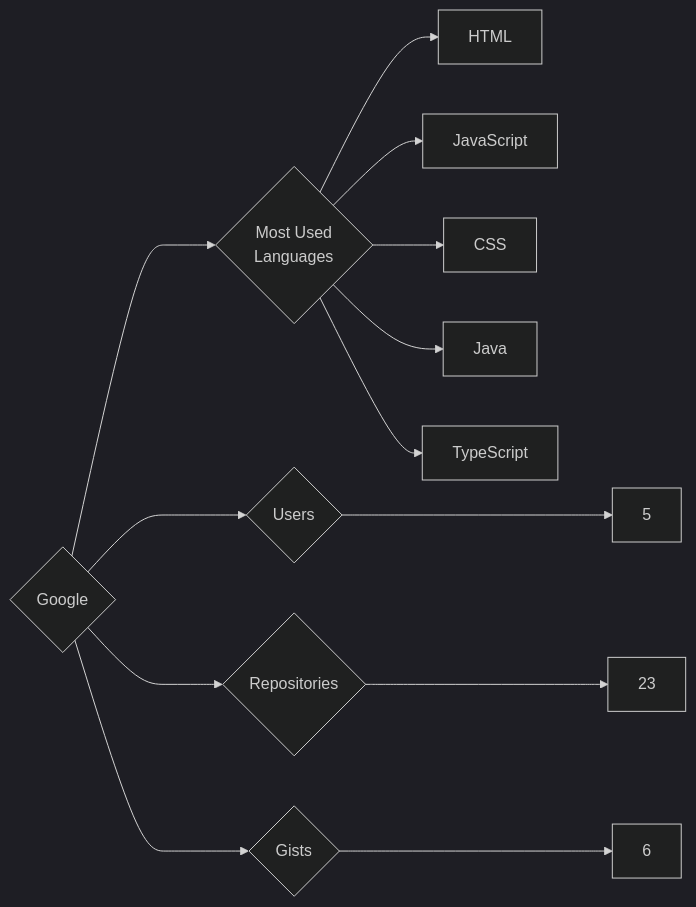
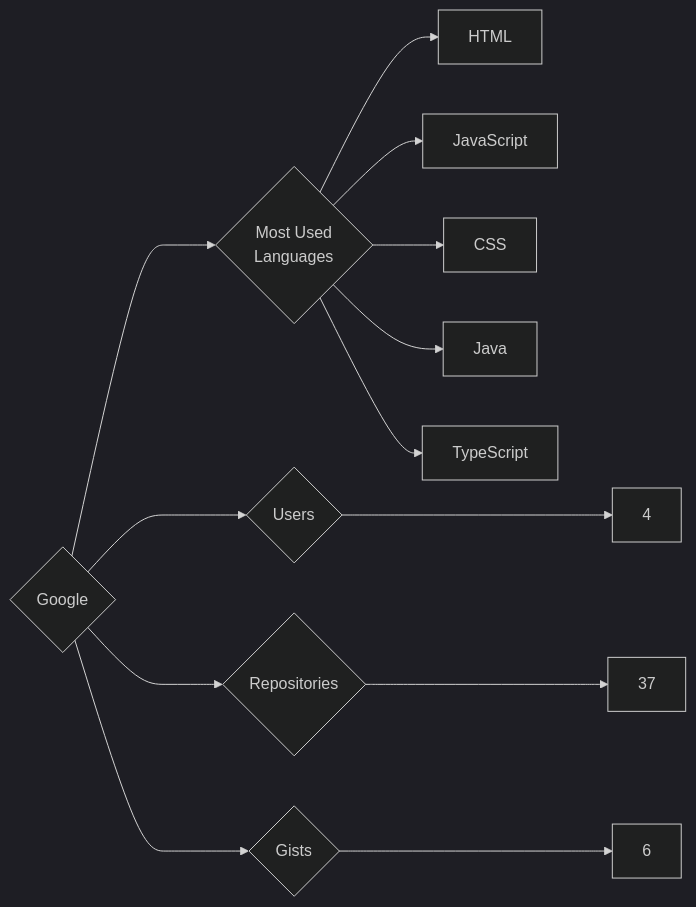
The diagram in targets/Google/README.md (trickest/insiders), drawn with Mermaid (dark theme) before and after one commit. The commit also changed 1084 other files, not shown here.

````diff
--- a/targets/Google/README.md
+++ b/targets/Google/README.md
@@ -3,13 +3,13 @@
 ```mermaid
 graph LR
 COMPANY_NAME{Google}
-COMPANY_NAME ---> U{Users} ---> UN[5]
-COMPANY_NAME ---> R{Repositories} ---> RN[23]
+COMPANY_NAME ---> U{Users} ---> UN[4]
+COMPANY_NAME ---> R{Repositories} ---> RN[37]
 COMPANY_NAME ---> G{Gists} ---> GN[6]
 COMPANY_NAME ---> ML{Most Used<br>Languages}
 ML --> HTML[HTML]
 ML --> JavaScript[JavaScript]
 ML --> CSS[CSS]
 ML --> Java[Java]
 ML --> TypeScript[TypeScript]
 ```
````
